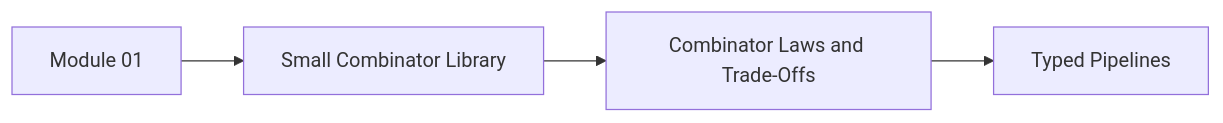
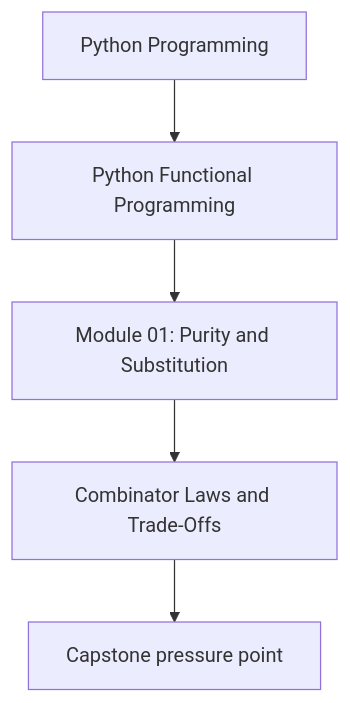
One commit to bijux/bijux-masterclass changed the first of 2 diagrams in programs/python-programming/python-functional-programming/course-book/module-01-purity-and-substitution/combinator-laws-and-tradeoffs.md. Above: the diagram before and after it, drawn with Mermaid. The commit also changed other lines of this file and 118 other files, not shown here.

Commit message:
docs(python-functional-programming): align concept page diagrams

````diff
--- a/programs/python-programming/python-functional-programming/course-book/module-01-purity-and-substitution/combinator-laws-and-tradeoffs.md
+++ b/programs/python-programming/python-functional-programming/course-book/module-01-purity-and-substitution/combinator-laws-and-tradeoffs.md
@@ -7,6 +7,7 @@
 ```mermaid
-graph LR
-  module["Module 01"] --> toolkit["Small Combinator Library"]
-  toolkit --> review["Combinator Laws and Trade-Offs"]
-  review --> next["Typed Pipelines"]
+flowchart TD
+  family["Python Programming"] --> program["Python Functional Programming"]
+  program --> module["Module 01: Purity and Substitution"]
+  module --> concept["Combinator Laws and Trade-Offs"]
+  concept --> capstone["Capstone pressure point"]
 ```
````
